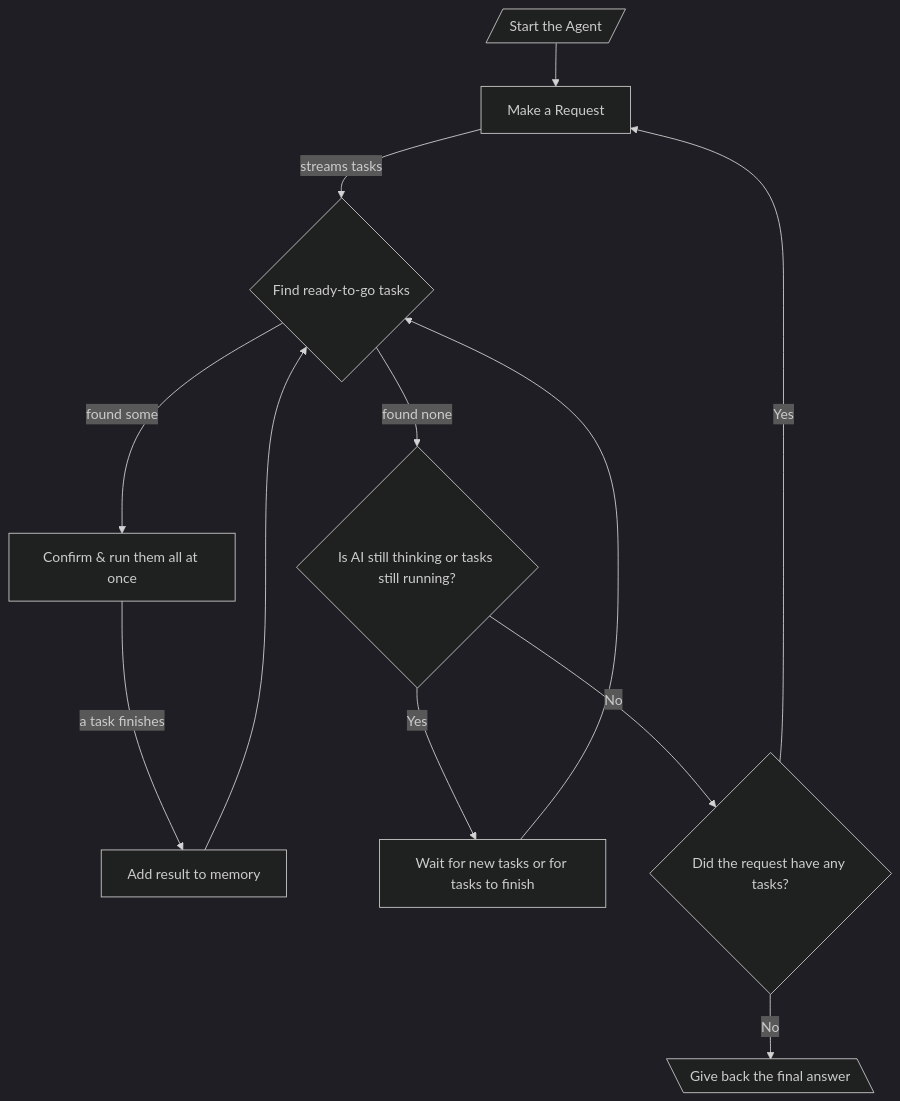
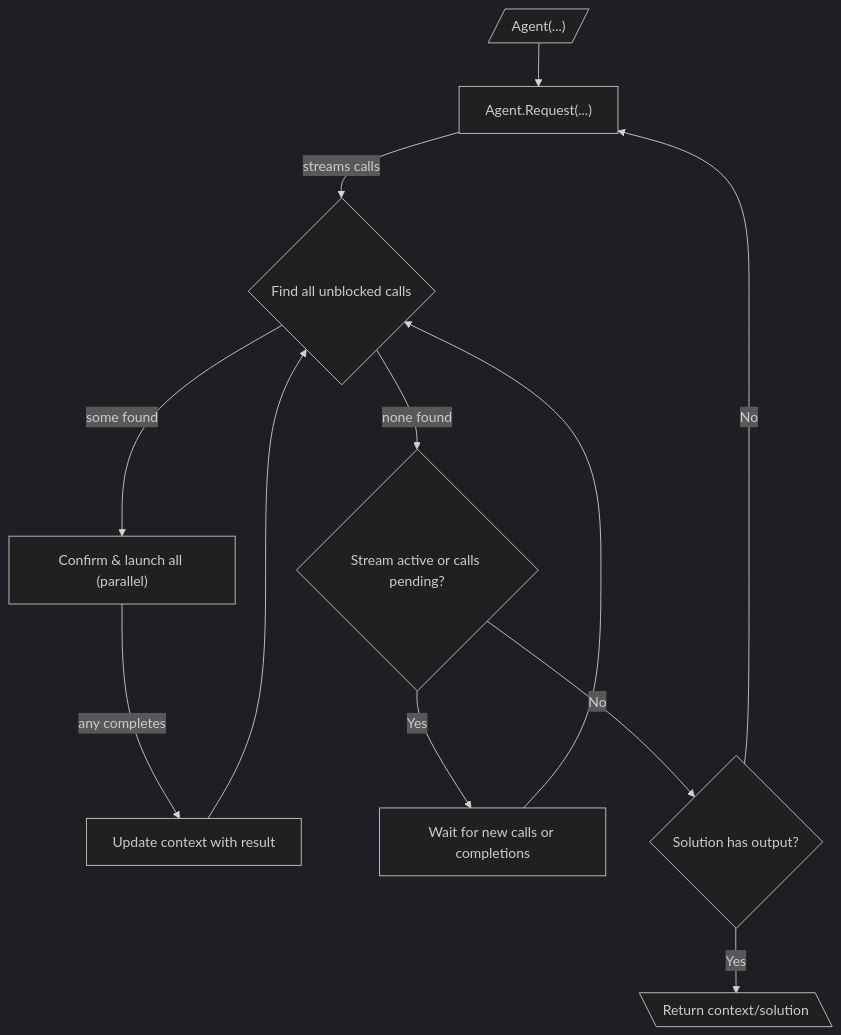
Before and after one commit to idealic-ai/docs: the diagram in translations/simple-en/acts/010_agent_loop.md, drawn with Mermaid (dark theme). The commit also changed other lines of this file and 4 other files, not shown here.

````diff
--- a/translations/simple-en/acts/010_agent_loop.md
+++ b/translations/simple-en/acts/010_agent_loop.md
@@ -39,17 +42,17 @@
 ```mermaid
 graph TD
-    Start[/"Start the Agent"/] --> Request["Make a Request"];
-    Request -- streams tasks --> FindUnblocked{"Find ready-to-go tasks"};
+    Start[/"Agent(...)"/] --> Request["Agent.Request(...)"];
+    Request -- streams calls --> FindUnblocked{"Find all unblocked calls"};
 
-    FindUnblocked -- "found some" --> ConfirmAndLaunch["Confirm & run them all at once"];
-    ConfirmAndLaunch -- "a task finishes" --> UpdateContext["Add result to memory"];
+    FindUnblocked -- "some found" --> ConfirmAndLaunch["Confirm & launch all (parallel)"];
+    ConfirmAndLaunch -- "any completes" --> UpdateContext["Update context with result"];
     UpdateContext --> FindUnblocked;
 
-    FindUnblocked -- "found none" --> CheckStreamAndPending{"Is AI still thinking or tasks still running?"};
-    CheckStreamAndPending -- Yes --> Wait["Wait for new tasks or for tasks to finish"];
+    FindUnblocked -- "none found" --> CheckStreamAndPending{"Stream active or calls pending?"};
+    CheckStreamAndPending -- Yes --> Wait["Wait for new calls or completions"];
     Wait --> FindUnblocked;
 
-    CheckStreamAndPending -- No --> CheckTermination{"Did the request have any tasks?"};
-    CheckTermination -- Yes --> Request;
-    CheckTermination -- No --> End[\"Give back the final answer"\];
+    CheckStreamAndPending -- No --> CheckTermination{"Solution has output?"};
+    CheckTermination -- No --> Request;
+    CheckTermination -- Yes --> End[\"Return context/solution"\];
 ```
````
